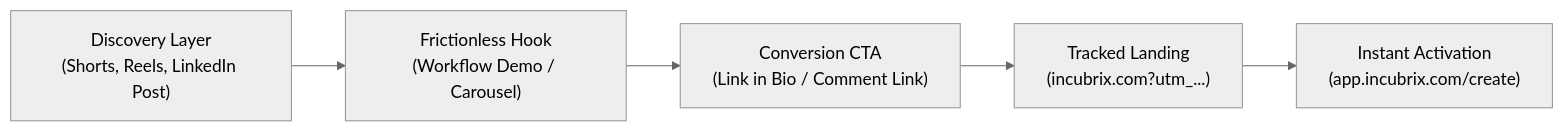
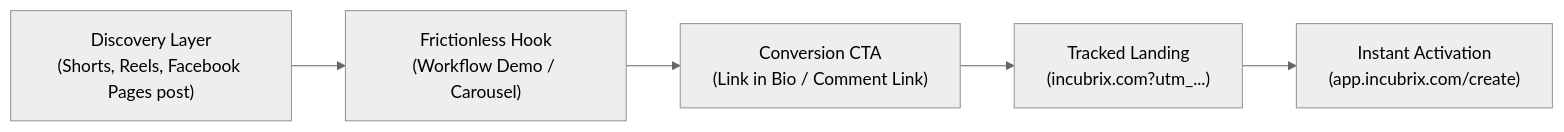
The second of 2 diagrams in docs/03_growth_strategy.md (NanthaKumar-cloud/Growth), drawn with Mermaid (neutral theme) before and after one commit. The commit also changed other lines of this file and 38 other files, not shown here.

Commit message:
feat(platforms): restrict engine strictly to YouTube Shorts, Facebook Pages, and Instagram

````diff
--- a/docs/03_growth_strategy.md
+++ b/docs/03_growth_strategy.md
@@ -101,7 +101,7 @@
 ```mermaid
 flowchart LR
-    A["Discovery Layer<br>(Shorts, Reels, LinkedIn Post)"] --> B["Frictionless Hook<br>(Workflow Demo / Carousel)"]
+    A["Discovery Layer<br>(Shorts, Reels, Facebook Pages post)"] --> B["Frictionless Hook<br>(Workflow Demo / Carousel)"]
     B --> C["Conversion CTA<br>(Link in Bio / Comment Link)"]
     C --> D["Tracked Landing<br>(incubrix.com?utm_...)"]
     D --> E["Instant Activation<br>(app.incubrix.com/create)"]
 ```
````
